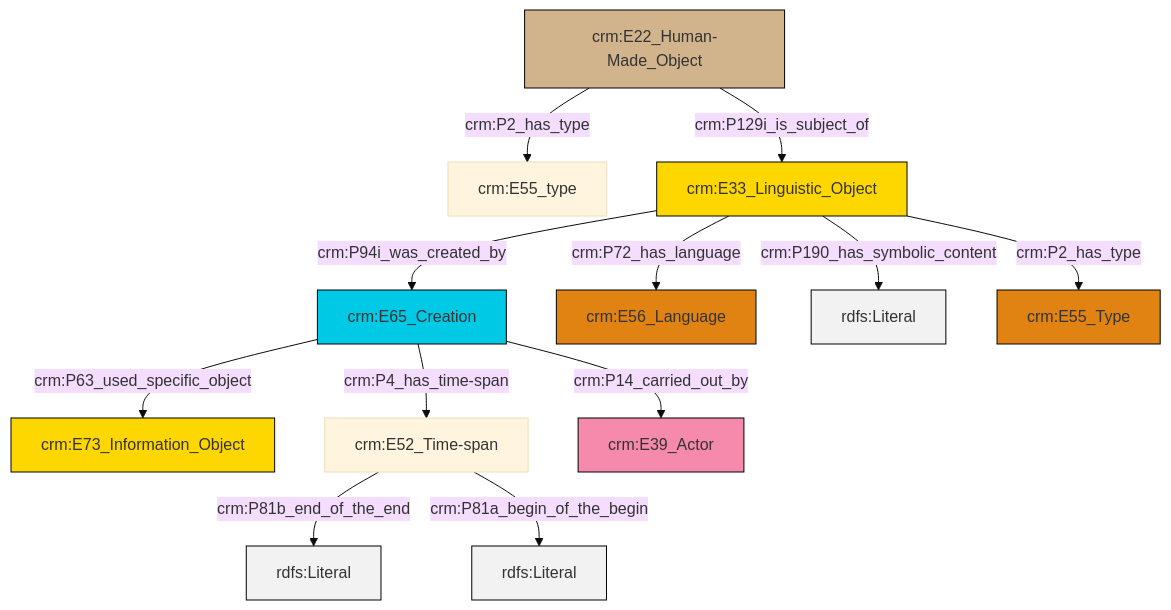
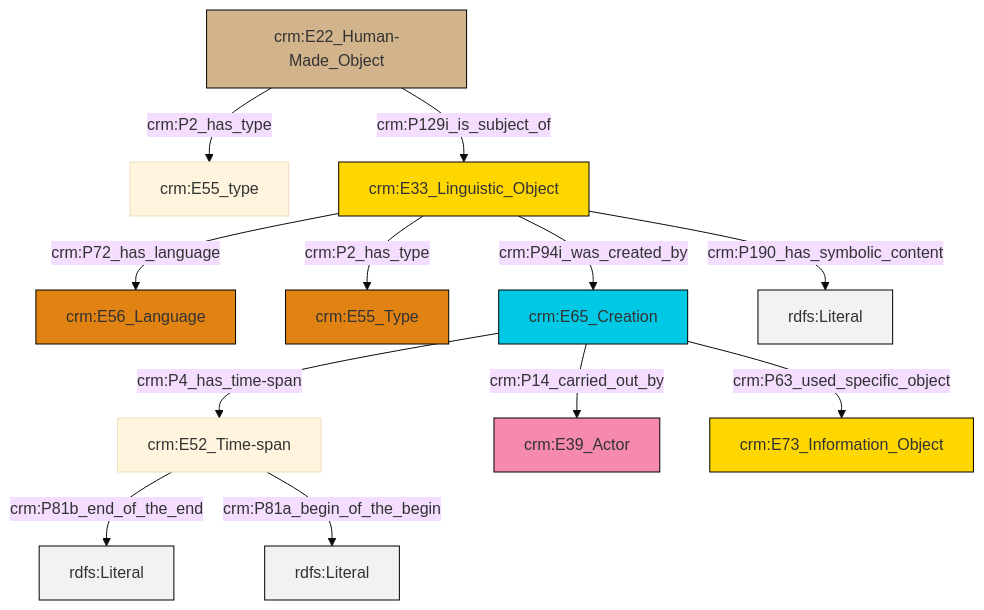
Before and after one commit to swiss-art-research-net/reference-data-models: the diagram in et/artworkCSV/ttl/mmd/Artwork_Description.ttl.mmd, drawn with Mermaid (base theme). The commit also changed 130 other files, not shown here.

```diff
--- a/et/artworkCSV/ttl/mmd/Artwork_Description.ttl.mmd
+++ b/et/artworkCSV/ttl/mmd/Artwork_Description.ttl.mmd
@@ -1,26 +1,26 @@
 graph TD
 classDef Literal fill:#f2f2f2,stroke:#000000;
 classDef CRM_Entity fill:#FFFFFF,stroke:#000000;
 classDef Temporal_Entity fill:#00C9E6, stroke:#000000;
 classDef Type fill:#E18312, stroke:#000000;
 classDef Time-Span fill:#2C9C91, stroke:#000000;
 classDef Appellation fill:#FFEB7F, stroke:#000000;
 classDef Place fill:#008836, stroke:#000000;
 classDef Persistent_Item fill:#B266B2, stroke:#000000;
 classDef Conceptual_Object fill:#FFD700, stroke:#000000;
 classDef Physical_Thing fill:#D2B48C, stroke:#000000;
 classDef Actor fill:#f58aad, stroke:#000000;
 classDef PC_Classes fill:#4ce600, stroke:#000000;
 classDef Multi fill:#cccccc,stroke:#000000;
 
-2["crm:E22_Human-Made_Object"]:::Physical_Thing -->|crm:P2_has_type| 3["crm:E55_type"]:::Default
-6["crm:E33_Linguistic_Object"]:::Conceptual_Object -->|crm:P190_has_symbolic_content| 8[rdfs:Literal]:::Literal
-0["crm:E65_Creation"]:::Temporal_Entity -->|crm:P63_used_specific_object| 9["crm:E73_Information_Object"]:::Conceptual_Object
-0["crm:E65_Creation"]:::Temporal_Entity -->|crm:P4_has_time-span| 12["crm:E52_Time-span"]:::Default
-6["crm:E33_Linguistic_Object"]:::Conceptual_Object -->|crm:P2_has_type| 10["crm:E55_Type"]:::Type
-0["crm:E65_Creation"]:::Temporal_Entity -->|crm:P14_carried_out_by| 14["crm:E39_Actor"]:::Actor
-12["crm:E52_Time-span"]:::Default -->|crm:P81b_end_of_the_end| 17[rdfs:Literal]:::Literal
-6["crm:E33_Linguistic_Object"]:::Conceptual_Object -->|crm:P72_has_language| 4["crm:E56_Language"]:::Type
-2["crm:E22_Human-Made_Object"]:::Physical_Thing -->|crm:P129i_is_subject_of| 6["crm:E33_Linguistic_Object"]:::Conceptual_Object
-6["crm:E33_Linguistic_Object"]:::Conceptual_Object -->|crm:P94i_was_created_by| 0["crm:E65_Creation"]:::Temporal_Entity
-12["crm:E52_Time-span"]:::Default -->|crm:P81a_begin_of_the_begin| 20[rdfs:Literal]:::Literal
+4["crm:E22_Human-Made_Object"]:::Physical_Thing -->|crm:P2_has_type| 2["crm:E55_type"]:::Default
+5["crm:E52_Time-span"]:::Default -->|crm:P81b_end_of_the_end| 6[rdfs:Literal]:::Literal
+7["crm:E33_Linguistic_Object"]:::Conceptual_Object -->|crm:P72_has_language| 0["crm:E56_Language"]:::Type
+7["crm:E33_Linguistic_Object"]:::Conceptual_Object -->|crm:P2_has_type| 10["crm:E55_Type"]:::Type
+11["crm:E65_Creation"]:::Temporal_Entity -->|crm:P14_carried_out_by| 8["crm:E39_Actor"]:::Actor
+11["crm:E65_Creation"]:::Temporal_Entity -->|crm:P4_has_time-span| 5["crm:E52_Time-span"]:::Default
+4["crm:E22_Human-Made_Object"]:::Physical_Thing -->|crm:P129i_is_subject_of| 7["crm:E33_Linguistic_Object"]:::Conceptual_Object
+11["crm:E65_Creation"]:::Temporal_Entity -->|crm:P63_used_specific_object| 16["crm:E73_Information_Object"]:::Conceptual_Object
+7["crm:E33_Linguistic_Object"]:::Conceptual_Object -->|crm:P190_has_symbolic_content| 17[rdfs:Literal]:::Literal
+7["crm:E33_Linguistic_Object"]:::Conceptual_Object -->|crm:P94i_was_created_by| 11["crm:E65_Creation"]:::Temporal_Entity
+5["crm:E52_Time-span"]:::Default -->|crm:P81a_begin_of_the_begin| 18[rdfs:Literal]:::Literal
```
